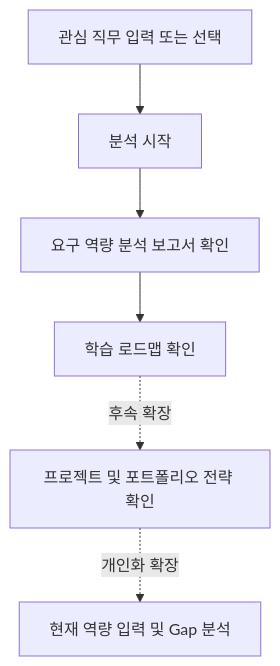
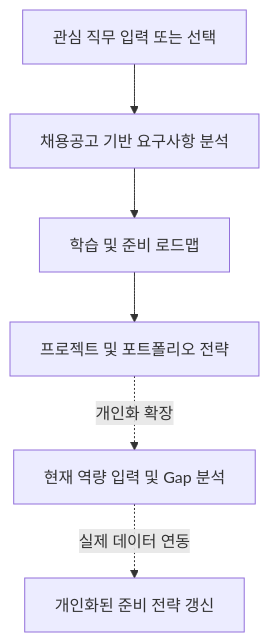
One commit to Mureung1/hub-showcase changed the diagram in docs/plan.md. Above: the diagram before and after it, drawn with Mermaid. The commit also changed other lines of this file and 6 other files, not shown here.

````diff
--- a/docs/plan.md
+++ b/docs/plan.md
@@ -268,9 +231,9 @@
 ```mermaid
 flowchart TD
-    A[관심 직무 입력 또는 선택] --> B[분석 시작]
-    B --> C[요구 역량 분석 보고서 확인]
-    C --> D[학습 로드맵 확인]
+    A[관심 직무 입력 또는 선택] --> B[채용공고 기반 요구사항 분석]
+    B --> C[학습 및 준비 로드맵]
+    C --> D[프로젝트 및 포트폴리오 전략]
 
-    D -. 후속 확장 .-> E[프로젝트 및 포트폴리오 전략 확인]
-    E -. 개인화 확장 .-> F[현재 역량 입력 및 Gap 분석]
+    D -. 개인화 확장 .-> E[현재 역량 입력 및 Gap 분석]
+    E -. 실제 데이터 연동 .-> F[개인화된 준비 전략 갱신]
 ```
````
